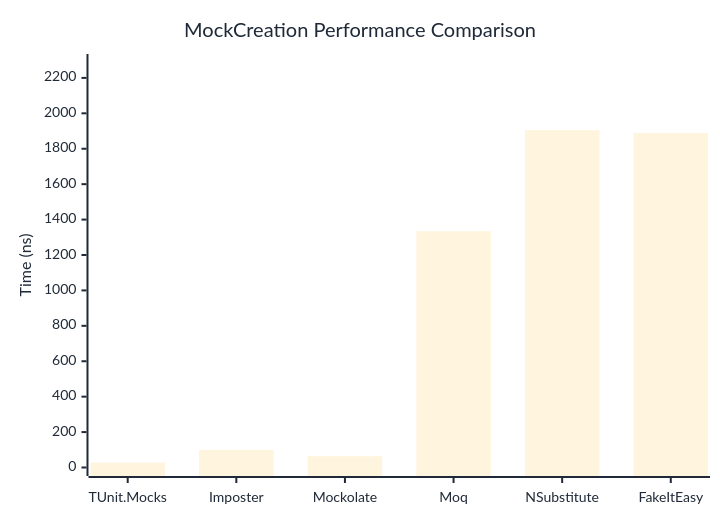
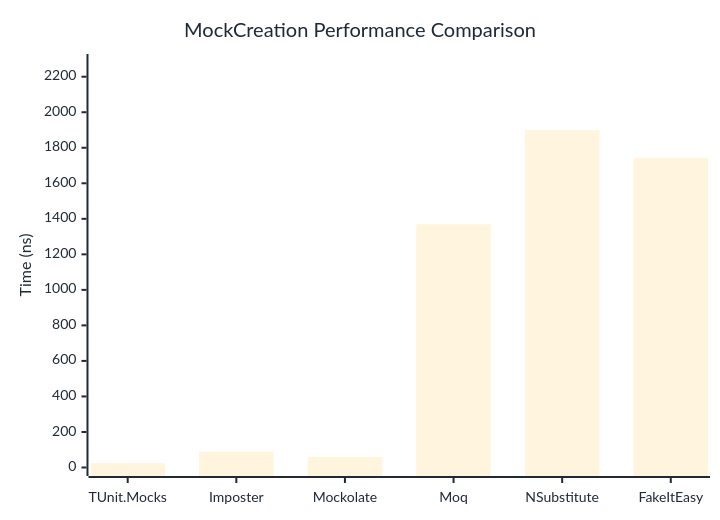
One commit to thomhurst/TUnit changed the first of 2 diagrams in docs/docs/benchmarks/mocks/MockCreation.md. Above: the diagram before and after it, drawn with Mermaid. The commit also changed other lines of this file and 14 other files, not shown here.

````diff
--- a/docs/docs/benchmarks/mocks/MockCreation.md
+++ b/docs/docs/benchmarks/mocks/MockCreation.md
@@ -30,27 +30,27 @@
 ```mermaid
 %%{init: {
   'theme':'base',
   'themeVariables': {
     'primaryColor': '#2563eb',
     'primaryTextColor': '#1f2937',
     'primaryBorderColor': '#1e40af',
     'lineColor': '#6b7280',
     'secondaryColor': '#7c3aed',
     'tertiaryColor': '#dc2626',
     'background': '#ffffff',
     'pie1': '#2563eb',
     'pie2': '#7c3aed',
     'pie3': '#dc2626',
     'pie4': '#f59e0b',
     'pie5': '#10b981',
     'pie6': '#06b6d4',
     'pie7': '#ec4899',
     'pie8': '#6366f1'
   }
 }}%%
 xychart-beta
   title "MockCreation Performance Comparison"
   x-axis ["TUnit.Mocks", "Imposter", "Mockolate", "Moq", "NSubstitute", "FakeItEasy"]
-  y-axis "Time (ns)" 0 --> 2287
-  bar [27.7, 99.53, 63.75, 1333.88, 1905.17, 1888.64]
+  y-axis "Time (ns)" 0 --> 2280
+  bar [24.63, 89.06, 58.99, 1369.38, 1899.27, 1742.24]
 ```
````
